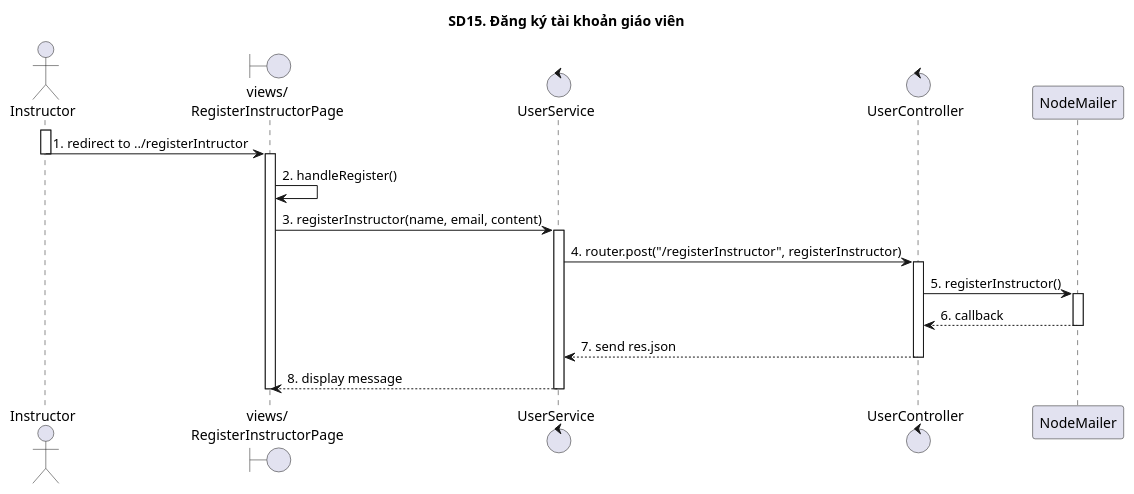
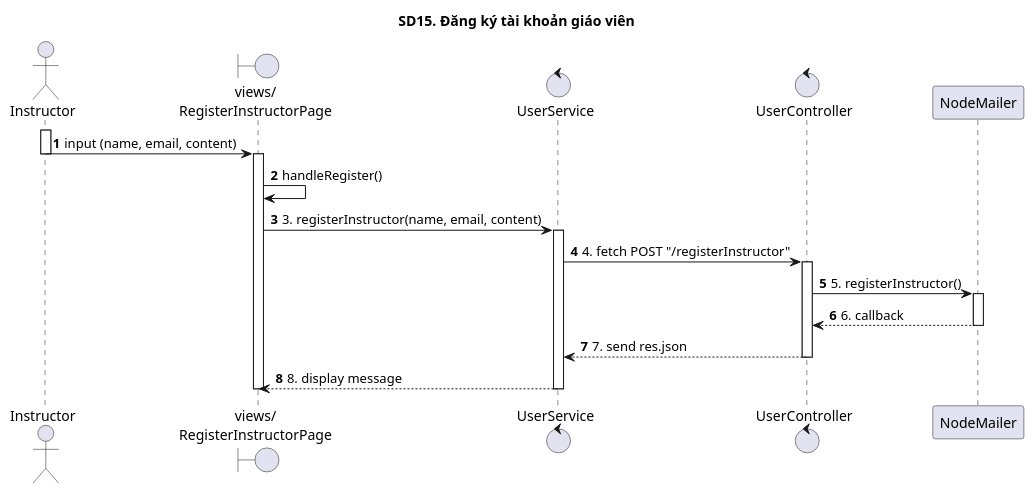
The diagram in SequenceDiagrams/CNPMHDT/sd15.puml (The-Cookies-Team/UML-Diagrams), drawn with PlantUML before and after one commit. The commit also changed 3 other files, not shown here.

```diff
--- a/SequenceDiagrams/CNPMHDT/sd15.puml
+++ b/SequenceDiagrams/CNPMHDT/sd15.puml
@@ -1,29 +1,31 @@
 @startuml
+
+autonumber
 
 title SD15. Đăng ký tài khoản giáo viên
 
 actor "Instructor" as Actor
 boundary "views/\nRegisterInstructorPage" as RegisterInstructorPage
 control "UserService"
 control "UserController"
 
 activate Actor
-Actor -> RegisterInstructorPage: 1. redirect to ../registerIntructor
+Actor -> RegisterInstructorPage: input (name, email, content)
 deactivate Actor
 activate RegisterInstructorPage
-RegisterInstructorPage -> RegisterInstructorPage: 2. handleRegister()
+RegisterInstructorPage -> RegisterInstructorPage: handleRegister()
 RegisterInstructorPage -> UserService: 3. registerInstructor(name, email, content)
 activate UserService
-UserService -> UserController: 4. router.post("/registerInstructor", registerInstructor)
+UserService -> UserController: 4. fetch POST "/registerInstructor"
 activate UserController
 UserController -> NodeMailer: 5. registerInstructor()
 activate NodeMailer
 NodeMailer --> UserController: 6. callback
 deactivate NodeMailer
 UserController --> UserService: 7. send res.json
 deactivate UserController
 UserService --> RegisterInstructorPage: 8. display message
 deactivate RegisterInstructorPage
 deactivate UserService
 
 @enduml
```
